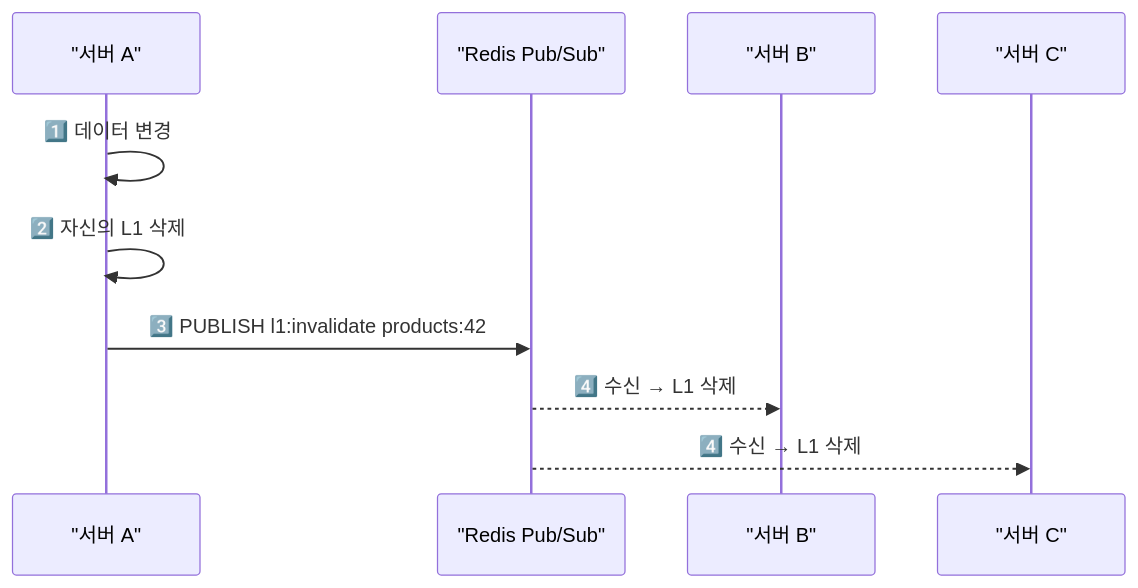
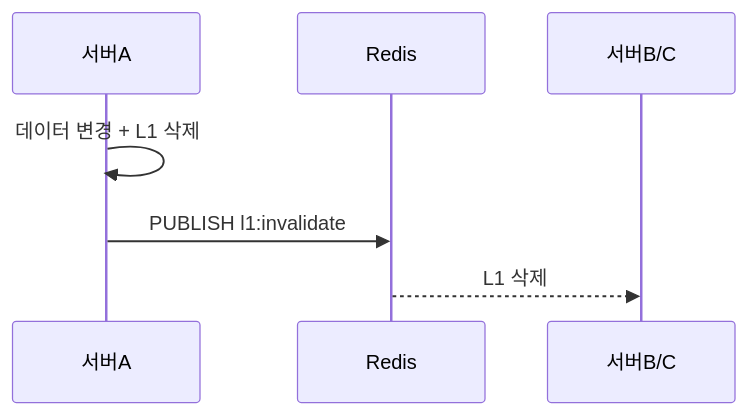
Before and after one commit to yjkim2015/yjkim2015.github.io: the fifth of 8 diagrams in _posts/caching/2026-05-03-multi-layer-caching.md, drawn with Mermaid. The commit also changed other lines of this file and 155 other files, not shown here.

First line of the commit message:
Mermaid 전면 수정: subgraph 제거, participant/노드/줄수 축소 (342블록)

````diff
--- a/_posts/caching/2026-05-03-multi-layer-caching.md
+++ b/_posts/caching/2026-05-03-multi-layer-caching.md
@@ -347,12 +346,9 @@
 ```mermaid
 sequenceDiagram
-    participant SA as "서버 A"
-    participant Redis as "Redis Pub/Sub"
-    participant SB as "서버 B"
-    participant SC as "서버 C"
-    SA->>SA: 1️⃣ 데이터 변경
-    SA->>SA: 2️⃣ 자신의 L1 삭제
-    SA->>Redis: 3️⃣ PUBLISH l1:invalidate products:42
-    Redis-->>SB: 4️⃣ 수신 → L1 삭제
-    Redis-->>SC: 4️⃣ 수신 → L1 삭제
+    participant SA as 서버A
+    participant Redis as Redis
+    participant SB as 서버B/C
+    SA->>SA: 데이터 변경 + L1 삭제
+    SA->>Redis: PUBLISH l1:invalidate
+    Redis-->>SB: L1 삭제
 ```
````
